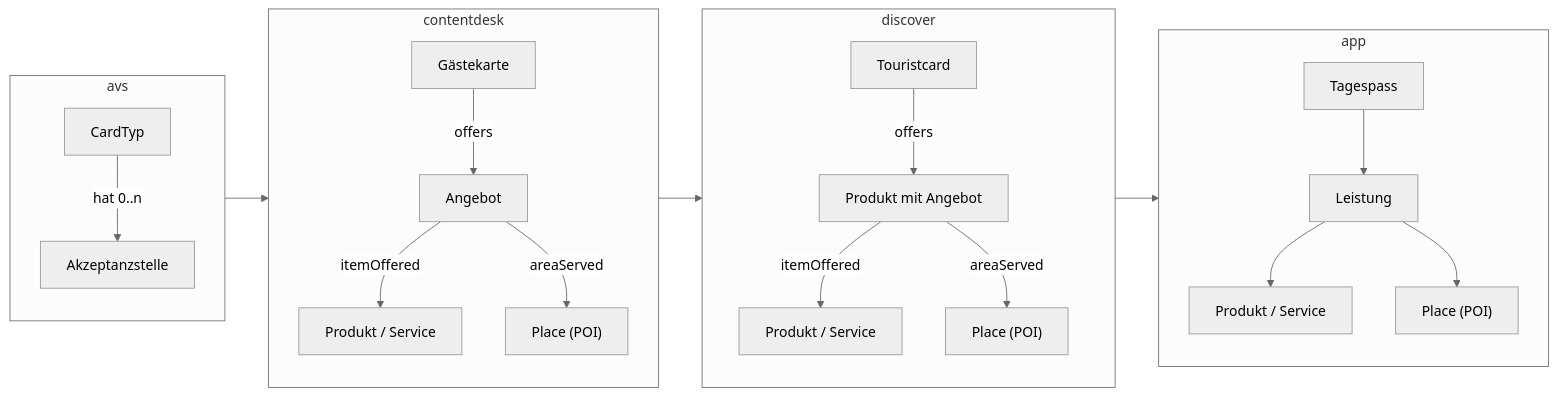
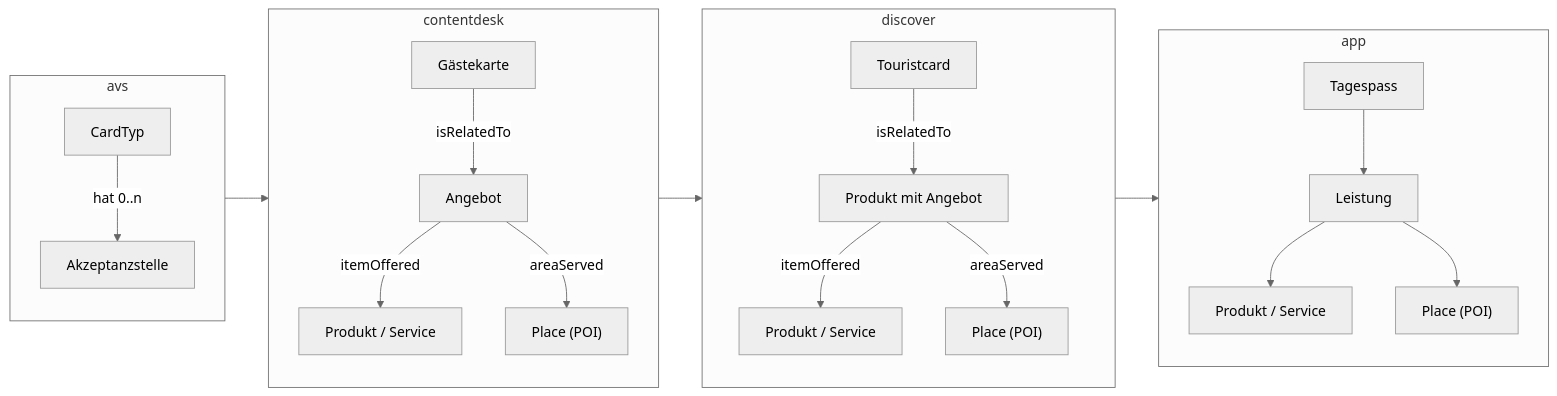
The second of 5 diagrams in docs/projects/glarnerlandApp.md (tsolenthaler/docs.contentdesk.io), drawn with Mermaid (neutral theme) before and after one commit. The commit also changed other lines of this file and 1 other file, not shown here.

````diff
--- a/docs/projects/glarnerlandApp.md
+++ b/docs/projects/glarnerlandApp.md
@@ -47,29 +47,29 @@
 ``` mermaid
 graph LR
     subgraph avs
         direction TB
         CardTyp --> | hat 0..n| Akzeptanzstelle
     end
     subgraph contentdesk
         direction TB
-        Gaestekarte["Gästekarte"] --> |offers| Angebot
+        Gaestekarte["Gästekarte"] --> |isRelatedTo| Angebot
         Angebot --> |itemOffered| Angebot2["Produkt / Service"]
         Angebot --> |areaServed| Ort["Place (POI)"]
     end
     subgraph discover
         direction TB
-        Touristcard["Touristcard"] -->|offers| Offer["Produkt mit Angebot"]
+        Touristcard["Touristcard"] -->|isRelatedTo| Offer["Produkt mit Angebot"]
         Offer -->|itemOffered| Product["Produkt / Service"]
         Offer -->|areaServed| Place["Place (POI)"]
     end
     subgraph app
         direction TB
         Tagespass --> Leistung
         Leistung --> ProduktApp["Produkt / Service"]
         Leistung --> OrtApp["Place (POI)"]
     end
 
     avs --> contentdesk
     contentdesk --> discover
     discover --> app
 ```
````
